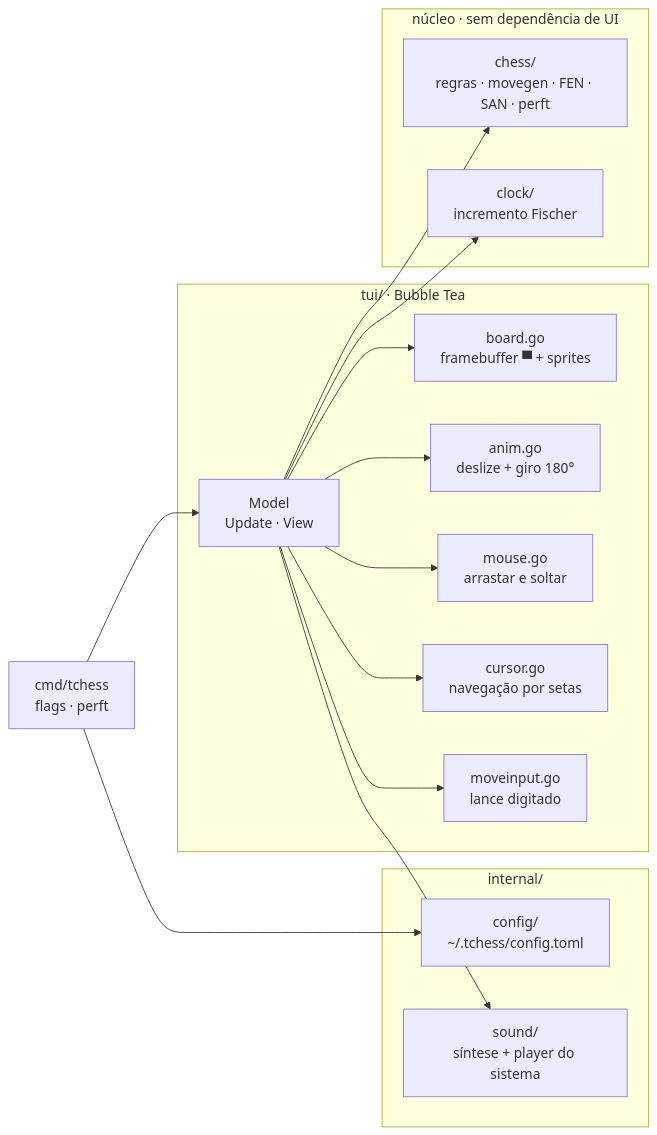
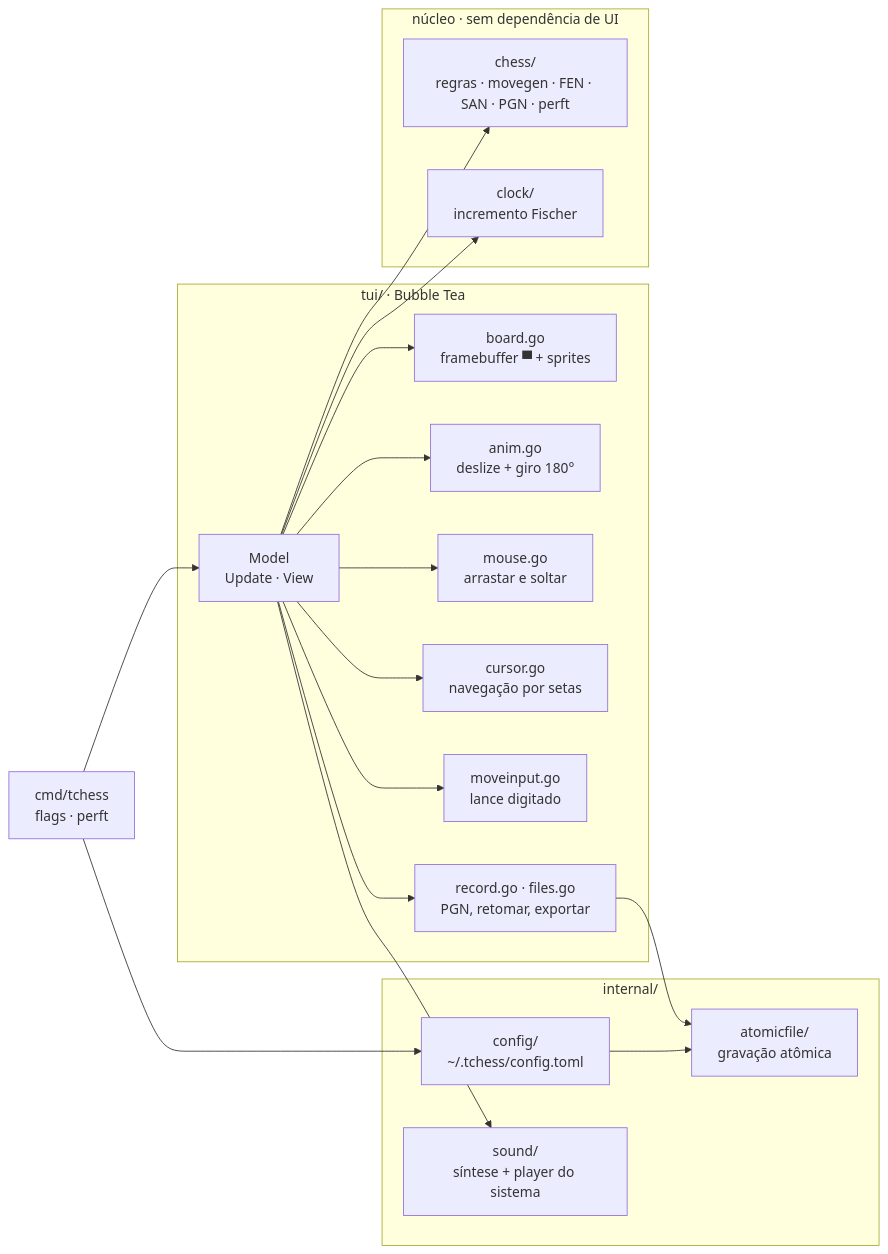
The diagram in README.md (almeidazs/tchess), drawn with Mermaid before and after one commit. The commit also changed other lines of this file, not shown here.

````diff
--- a/README.md
+++ b/README.md
@@ -113,27 +133,31 @@
 ```mermaid
 flowchart LR
     main["cmd/tchess<br/>flags · perft"] --> model
 
     subgraph tui["tui/ · Bubble Tea"]
         model["Model<br/>Update · View"] --> board["board.go<br/>framebuffer ▀ + sprites"]
         model --> anim["anim.go<br/>deslize + giro 180°"]
         model --> mouse["mouse.go<br/>arrastar e soltar"]
         model --> cursor["cursor.go<br/>navegação por setas"]
         model --> input["moveinput.go<br/>lance digitado"]
+        model --> record["record.go · files.go<br/>PGN, retomar, exportar"]
     end
 
     subgraph internal["internal/"]
         config["config/<br/>~/.tchess/config.toml"]
+        atomic["atomicfile/<br/>gravação atômica"]
         sound["sound/<br/>síntese + player do sistema"]
     end
 
     subgraph core["núcleo · sem dependência de UI"]
-        chess["chess/<br/>regras · movegen · FEN · SAN · perft"]
+        chess["chess/<br/>regras · movegen · FEN · SAN · PGN · perft"]
         clock["clock/<br/>incremento Fischer"]
     end
 
     model --> chess
     model --> clock
     main --> config
     model --> sound
+    record --> atomic
+    config --> atomic
 ```
````
